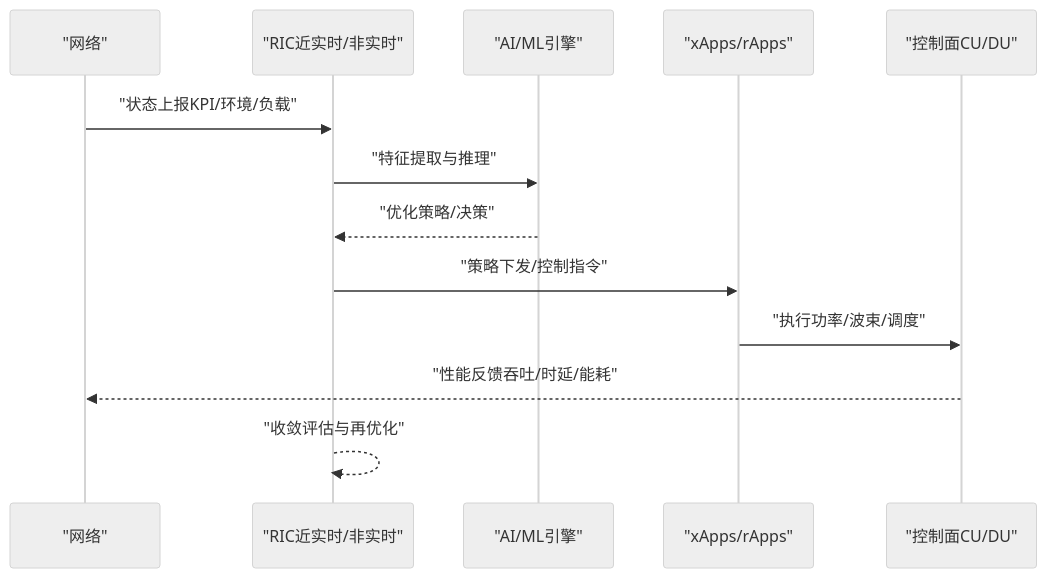
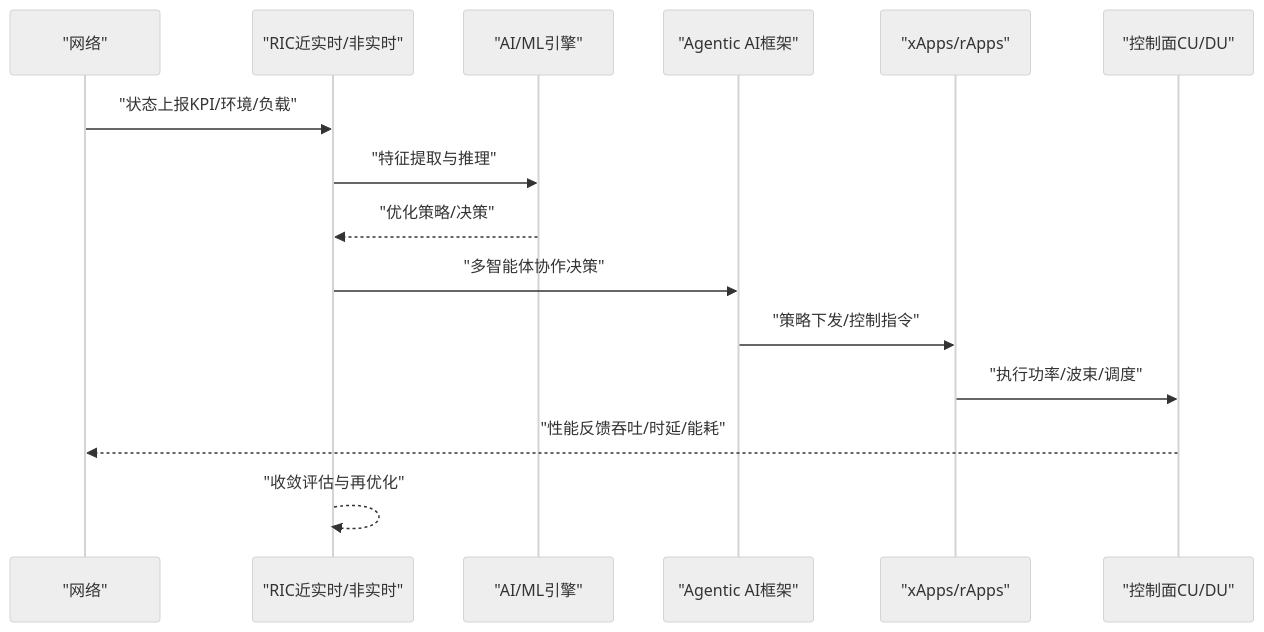
The fourth of 7 diagrams in .qoder/repowiki/zh/content/未来发展/研究前沿动态/研究前沿动态.md (allengaller/oran-database), drawn with Mermaid (neutral theme) before and after one commit. The commit also changed other lines of this file and 32 other files, not shown here.

````diff
--- a/.qoder/repowiki/zh/content/未来发展/研究前沿动态/研究前沿动态.md
+++ b/.qoder/repowiki/zh/content/未来发展/研究前沿动态/研究前沿动态.md
@@ -197,15 +238,17 @@
 ```mermaid
 sequenceDiagram
 participant Net as "网络"
 participant RIC as "RIC近实时/非实时"
 participant AI as "AI/ML引擎"
+participant AG as "Agentic AI框架"
 participant Apps as "xApps/rApps"
 participant Ctrl as "控制面CU/DU"
 Net->>RIC : "状态上报KPI/环境/负载"
 RIC->>AI : "特征提取与推理"
 AI-->>RIC : "优化策略/决策"
-RIC->>Apps : "策略下发/控制指令"
+RIC->>AG : "多智能体协作决策"
+AG->>Apps : "策略下发/控制指令"
 Apps->>Ctrl : "执行功率/波束/调度"
 Ctrl-->>Net : "性能反馈吞吐/时延/能耗"
 RIC-->>RIC : "收敛评估与再优化"
 ```
````
